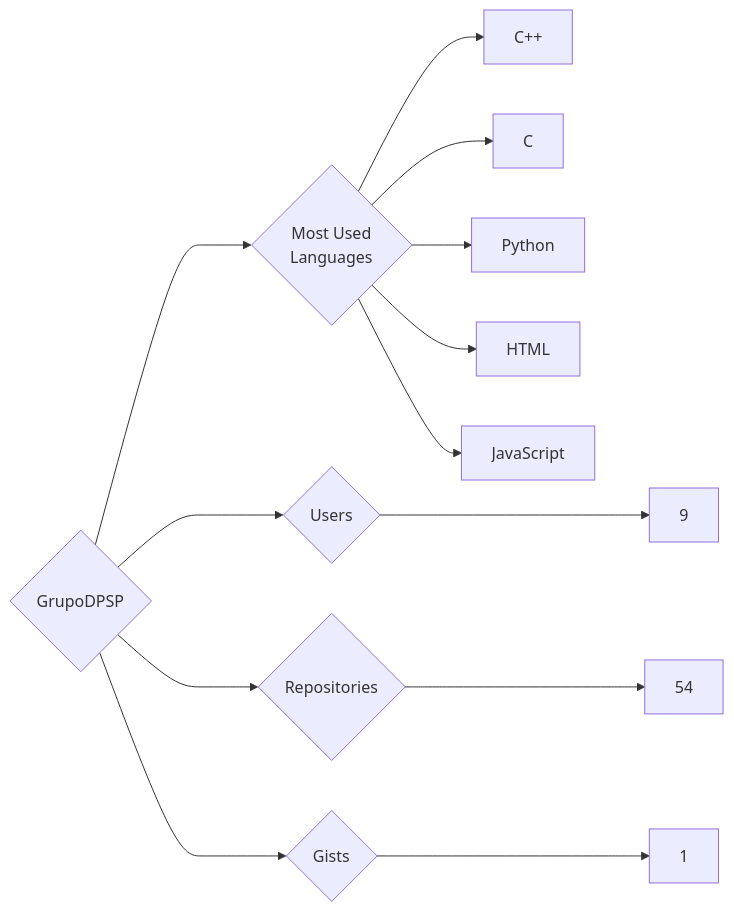
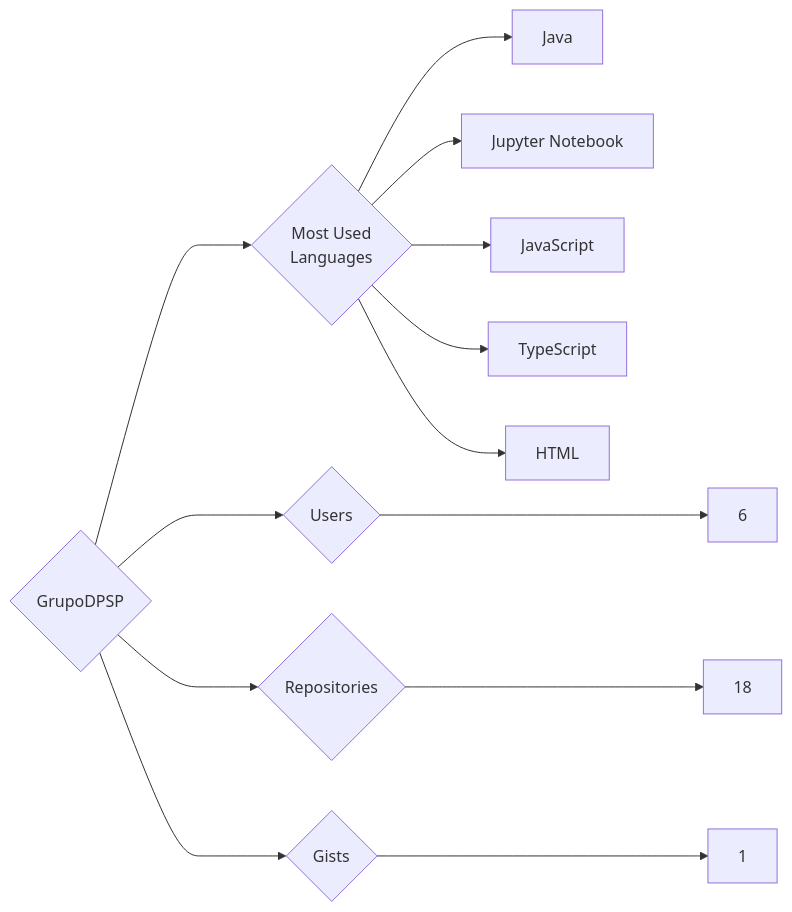
Before and after one commit to trickest/insiders: the diagram in targets/GrupoDPSP/README.md, drawn with Mermaid. The commit also changed 1123 other files, not shown here.

````diff
--- a/targets/GrupoDPSP/README.md
+++ b/targets/GrupoDPSP/README.md
@@ -3,13 +3,13 @@
 ```mermaid
 graph LR
 COMPANY_NAME{GrupoDPSP}
-COMPANY_NAME ---> U{Users} ---> UN[9]
-COMPANY_NAME ---> R{Repositories} ---> RN[54]
+COMPANY_NAME ---> U{Users} ---> UN[6]
+COMPANY_NAME ---> R{Repositories} ---> RN[18]
 COMPANY_NAME ---> G{Gists} ---> GN[1]
 COMPANY_NAME ---> ML{Most Used<br>Languages}
-ML --> C++[C++]
-ML --> C[C]
-ML --> Python[Python]
+ML --> Java[Java]
+ML --> Jupyter_Notebook[Jupyter Notebook]
+ML --> JavaScript[JavaScript]
+ML --> TypeScript[TypeScript]
 ML --> HTML[HTML]
-ML --> JavaScript[JavaScript]
 ```
````
